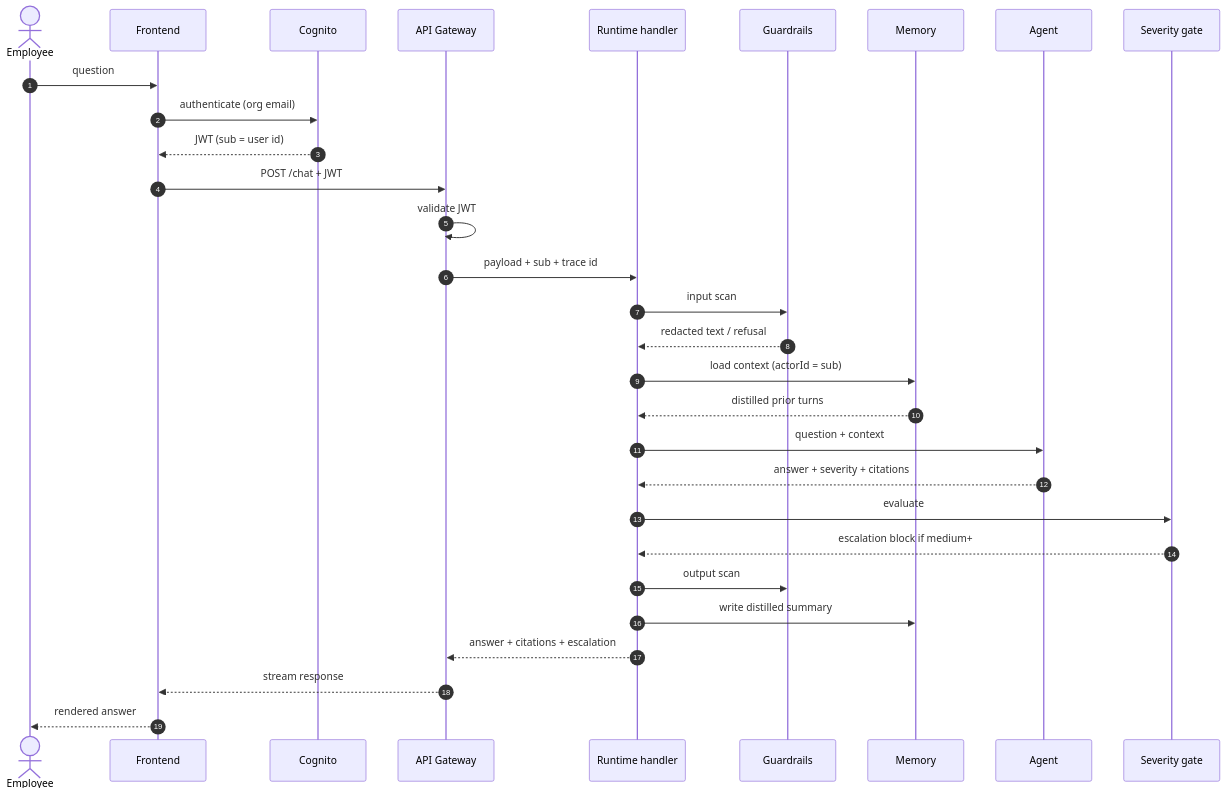
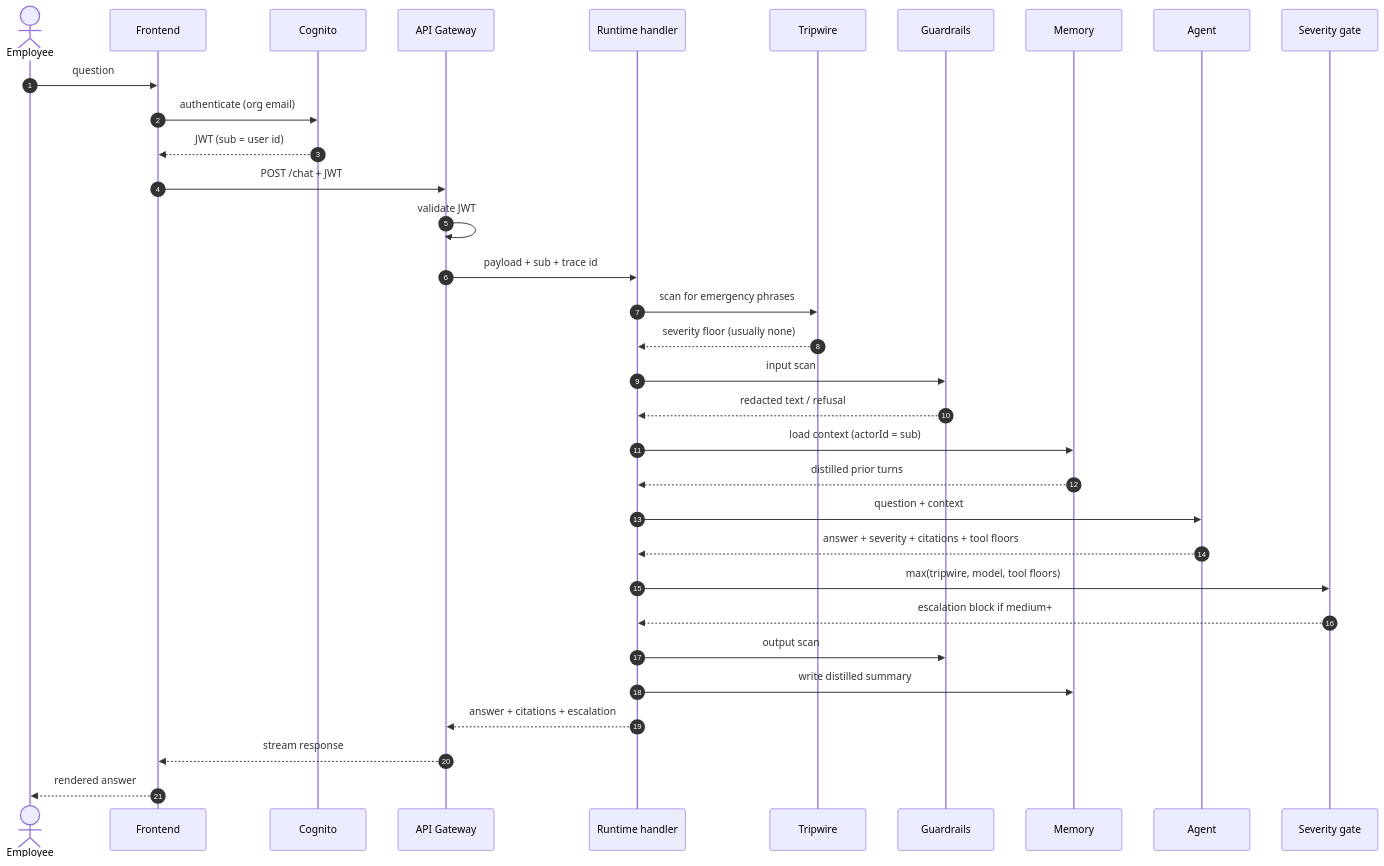
One commit to KaarthikMS/drugagent changed the first of 7 diagrams in docs/dataflow.md. Above: the diagram before and after it, drawn with Mermaid. The commit also changed other lines of this file and 5 other files, not shown here.

First line of the commit message:
docs: rewrite architecture, dataflow and plan for full scope

````diff
--- a/docs/dataflow.md
+++ b/docs/dataflow.md
@@ -12,38 +21,42 @@
 ```mermaid
 sequenceDiagram
     autonumber
     actor U as Employee
     participant FE as Frontend
     participant CG as Cognito
     participant GW as API Gateway
     participant RT as Runtime handler
+    participant TW as Tripwire
     participant GD as Guardrails
     participant MM as Memory
     participant AG as Agent
     participant SG as Severity gate
 
     U->>FE: question
     FE->>CG: authenticate (org email)
     CG-->>FE: JWT (sub = user id)
     FE->>GW: POST /chat + JWT
     GW->>GW: validate JWT
     GW->>RT: payload + sub + trace id
 
+    RT->>TW: scan for emergency phrases
+    TW-->>RT: severity floor (usually none)
+
     RT->>GD: input scan
     GD-->>RT: redacted text / refusal
 
     RT->>MM: load context (actorId = sub)
     MM-->>RT: distilled prior turns
 
     RT->>AG: question + context
-    AG-->>RT: answer + severity + citations
+    AG-->>RT: answer + severity + citations + tool floors
 
-    RT->>SG: evaluate
+    RT->>SG: max(tripwire, model, tool floors)
     SG-->>RT: escalation block if medium+
 
     RT->>GD: output scan
     RT->>MM: write distilled summary
     RT-->>GW: answer + citations + escalation
     GW-->>FE: stream response
     FE-->>U: rendered answer
 ```
````
